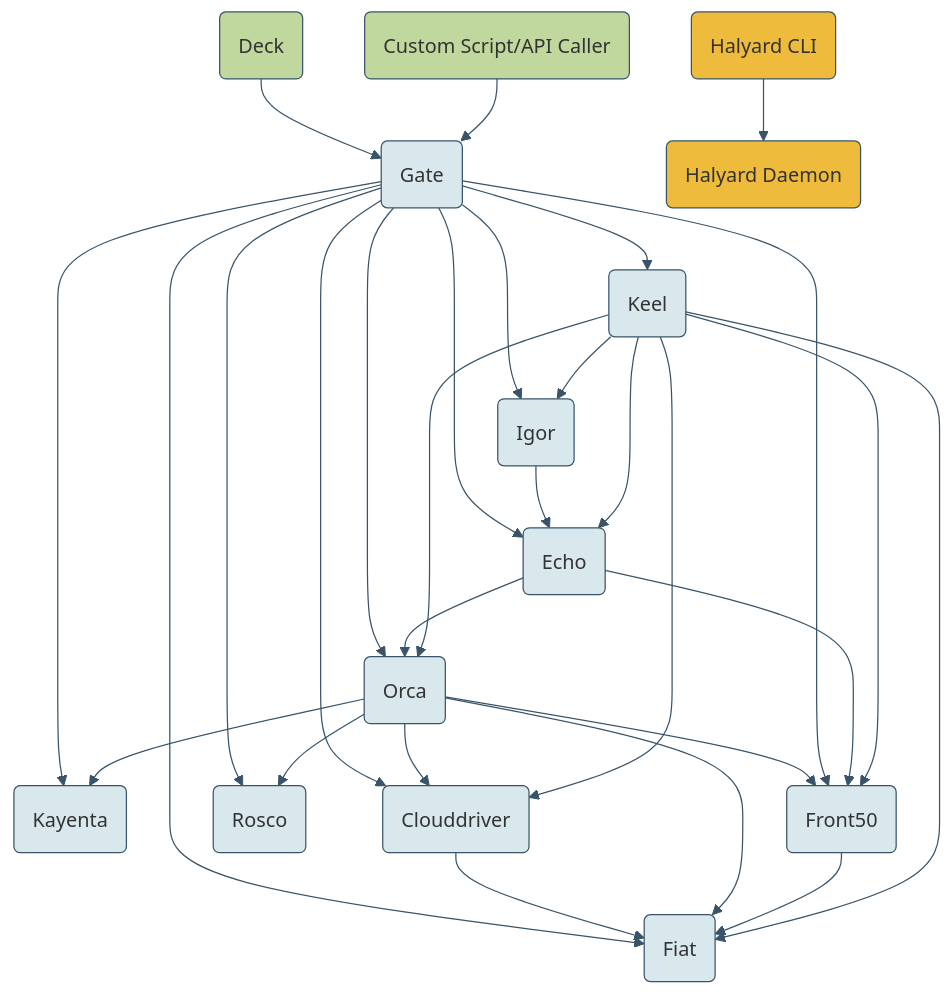
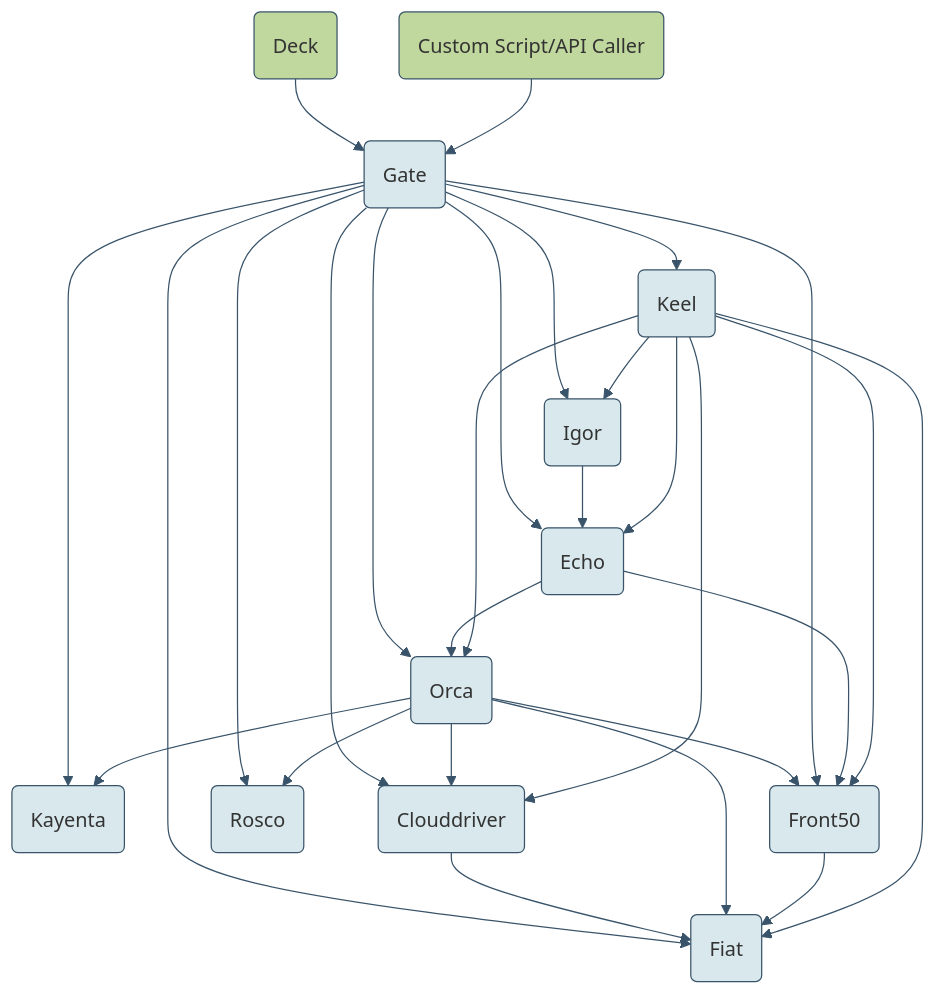
The diagram in content/en/docs/reference/architecture/microservices-overview.md (spinnaker/spinnaker.io), drawn with Mermaid (base theme) before and after one commit. The commit also changed other lines of this file and 367 other files, not shown here.

```diff
--- a/content/en/docs/reference/architecture/microservices-overview.md
+++ b/content/en/docs/reference/architecture/microservices-overview.md
@@ -73,44 +66,39 @@
 {{< mermaid >}}
 graph TB
 
 deck(Deck) --> gate;
 api(Custom Script/API Caller) --> gate(Gate);
 gate --> kayenta(Kayenta);
 gate --> orca(Orca);
 gate --> clouddriver(Clouddriver);
 orca --> clouddriver;
 gate --> rosco(Rosco);
 orca --> front50;
 orca --> rosco;
 gate --> front50(Front50);
 gate --> fiat(Fiat);
 orca --> kayenta;
 clouddriver --> fiat;
 orca --> fiat;
 front50 --> fiat;
 echo(Echo) --> orca;
 echo --> front50;
 gate --> echo;
 gate --> igor(Igor);
 igor(Igor) --> echo;
 
  keel(Keel) --> clouddriver;
  keel --> orca;
  keel --> front50;
  keel --> fiat;
  keel --> echo;
  keel --> igor;
  gate --> keel;
 
-hal(Halyard CLI) --> halyard(Halyard Daemon);
-
 classDef default fill:#d8e8ec,stroke:#39546a;
 linkStyle default stroke:#39546a,stroke-width:1px,fill:none;
-
-classDef halStyle fill:#eebb3c,stroke:#39546a;
-class halyard,hal halStyle;
 
 classDef external fill:#c0d89d,stroke:#39546a;
 class deck,api external;
 
 {{< /mermaid >}}
```
